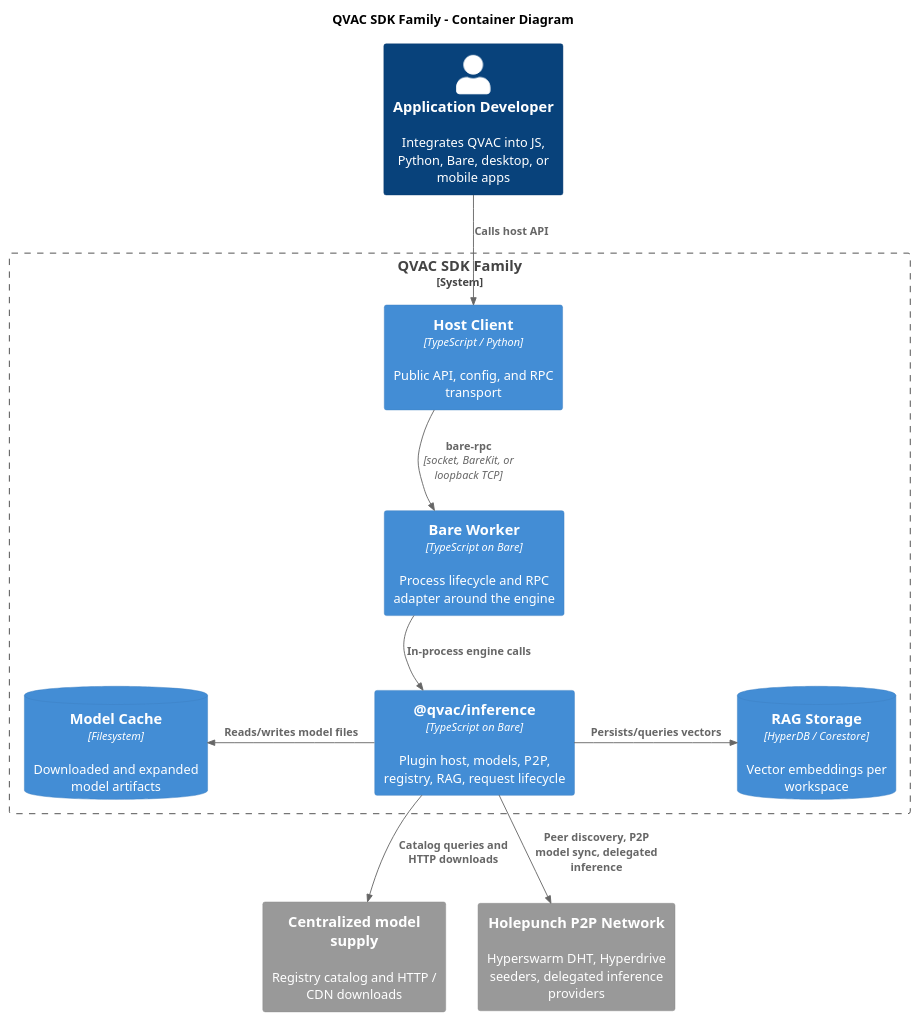
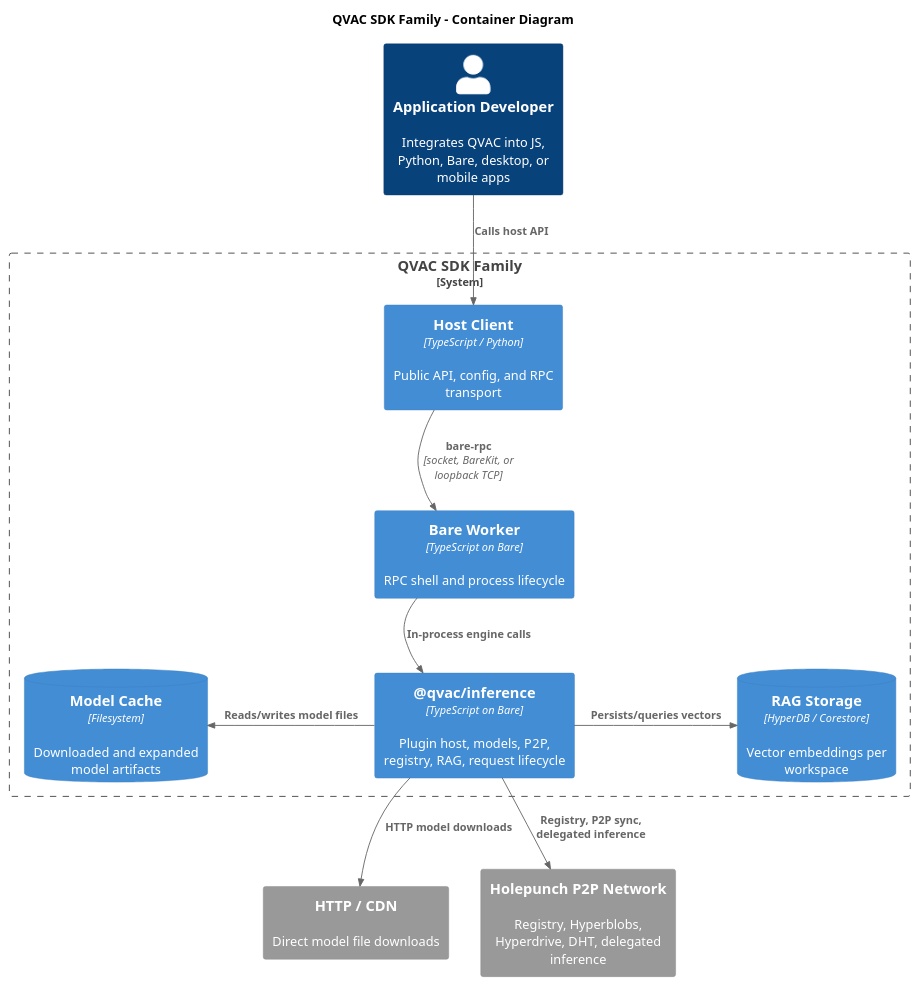
The diagram in docs/architecture/puml/02-container.puml (tetherto/qvac), drawn with PlantUML before and after one commit. The commit also changed 12 other files, not shown here.

First line of the commit message:
doc[notask]: align architecture diagrams with the engine split

```diff
--- a/docs/architecture/puml/02-container.puml
+++ b/docs/architecture/puml/02-container.puml
@@ -1,32 +1,32 @@
 @startuml
 !include <C4/C4_Container>
 HIDE_STEREOTYPE()
 
 title QVAC SDK Family - Container Diagram
 
 Person(dev, "Application Developer", "Integrates QVAC into JS, Python, Bare, desktop, or mobile apps")
 
 System_Boundary(sdk, "QVAC SDK Family") {
     Container(client, "Host Client", "TypeScript / Python", "Public API, config, and RPC transport")
-    Container(worker, "Bare Worker", "TypeScript on Bare", "Process lifecycle and RPC adapter around the engine")
+    Container(worker, "Bare Worker", "TypeScript on Bare", "RPC shell and process lifecycle")
     Container(engine, "@qvac/inference", "TypeScript on Bare", "Plugin host, models, P2P, registry, RAG, request lifecycle")
     ContainerDb(cache, "Model Cache", "Filesystem", "Downloaded and expanded model artifacts")
     ContainerDb(rag_store, "RAG Storage", "HyperDB / Corestore", "Vector embeddings per workspace")
 }
 
-System_Ext(central, "Centralized model supply", "Registry catalog and HTTP / CDN downloads")
-System_Ext(p2p, "Holepunch P2P Network", "Hyperswarm DHT, Hyperdrive seeders, delegated inference providers")
+System_Ext(http, "HTTP / CDN", "Direct model file downloads")
+System_Ext(p2p, "Holepunch P2P Network", "Registry, Hyperblobs, Hyperdrive, DHT, delegated inference")
 
 Rel_D(dev, client, "Calls host API")
 Rel_D(client, worker, "bare-rpc", "socket, BareKit, or loopback TCP")
 Rel_D(worker, engine, "In-process engine calls")
 Rel_L(engine, cache, "Reads/writes model files")
 Rel_R(engine, rag_store, "Persists/queries vectors")
-Rel_D(engine, central, "Catalog queries and HTTP downloads")
-Rel_D(engine, p2p, "Peer discovery, P2P model sync, delegated inference")
+Rel_D(engine, http, "HTTP model downloads")
+Rel_D(engine, p2p, "Registry, P2P sync, delegated inference")
 
 Lay_D(client, worker)
 Lay_D(worker, engine)
-Lay_R(central, p2p)
+Lay_R(http, p2p)
 
 @enduml
```
